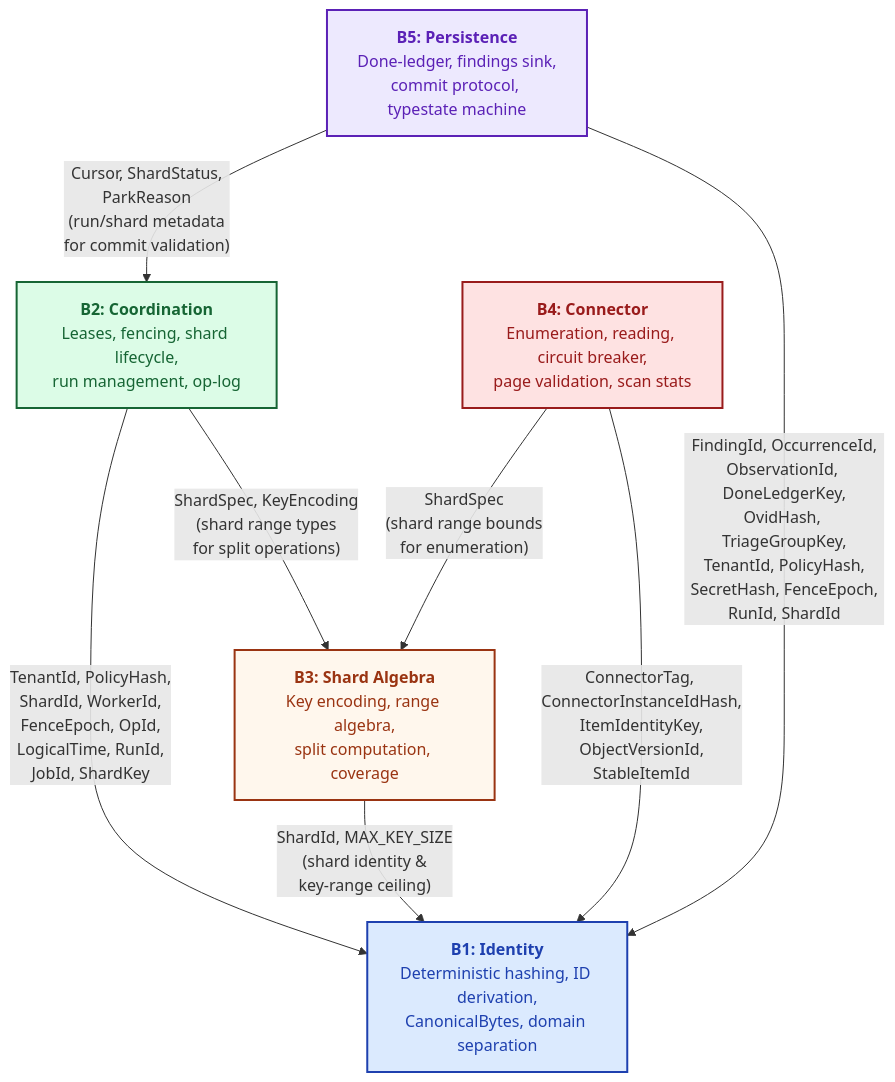
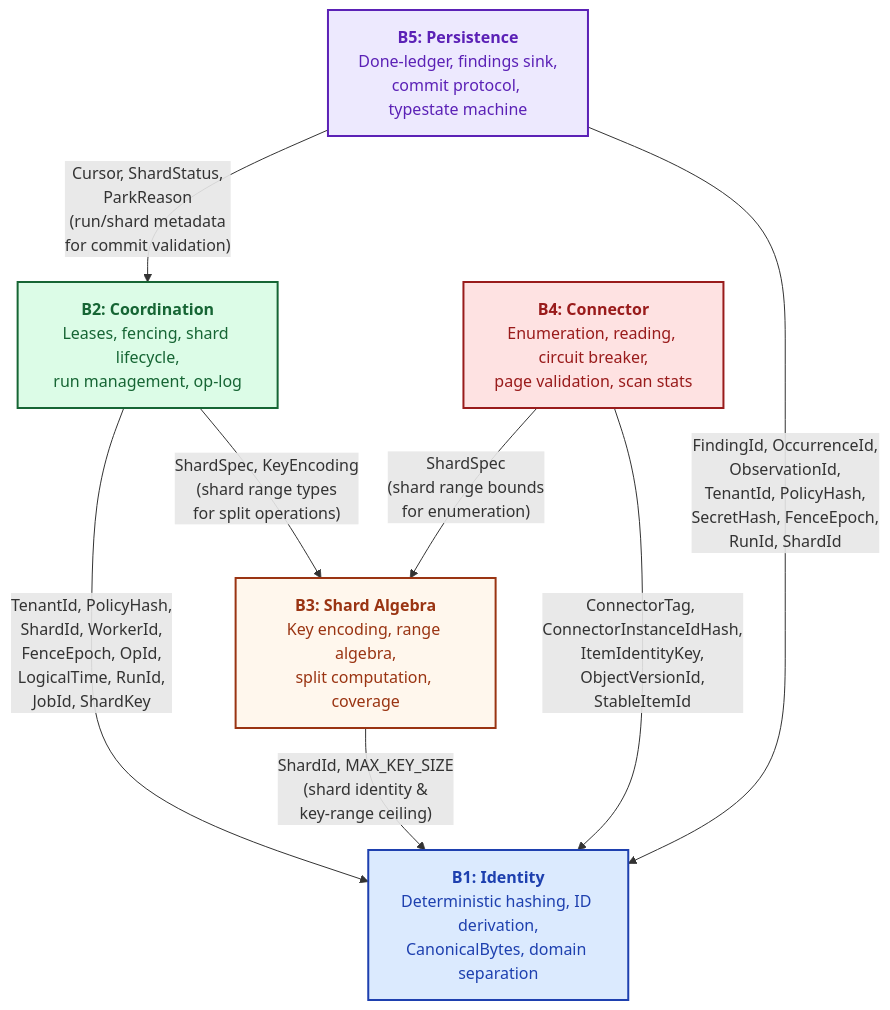
Before and after one commit to ahrav/Gossip-rs: the first of 3 diagrams in diagrams/02-boundary-dependency-graph.md, drawn with Mermaid. The commit also changed other lines of this file and 3 other files, not shown here.

First line of the commit message:
Update diagram docs for OvidHash and typestate protocol changes

````diff
--- a/diagrams/02-boundary-dependency-graph.md
+++ b/diagrams/02-boundary-dependency-graph.md
@@ -49,25 +49,25 @@
 ```mermaid
 %% Diagram: complete-type-annotated-dag
 graph TB
     B1["<b>B1: Identity</b><br/>Deterministic hashing, ID derivation,<br/>CanonicalBytes, domain separation"]
     B2["<b>B2: Coordination</b><br/>Leases, fencing, shard lifecycle,<br/>run management, op-log"]
     B3["<b>B3: Shard Algebra</b><br/>Key encoding, range algebra,<br/>split computation, coverage"]
     B4["<b>B4: Connector</b><br/>Enumeration, reading, circuit breaker,<br/>page validation, scan stats"]
     B5["<b>B5: Persistence</b><br/>Done-ledger, findings sink,<br/>commit protocol, typestate machine"]
 
     B2 -->|"TenantId, PolicyHash,<br/>ShardId, WorkerId,<br/>FenceEpoch, OpId,<br/>LogicalTime, RunId,<br/>JobId, ShardKey"| B1
     B3 -->|"ShardId, MAX_KEY_SIZE<br/>(shard identity &amp;<br/>key-range ceiling)"| B1
     B4 -->|"ConnectorTag, ConnectorInstanceIdHash,<br/>ItemIdentityKey,<br/>ObjectVersionId,<br/>StableItemId"| B1
-    B5 -->|"FindingId, OccurrenceId,<br/>ObservationId, DoneLedgerKey,<br/>OvidHash, TriageGroupKey,<br/>TenantId, PolicyHash,<br/>SecretHash, FenceEpoch,<br/>RunId, ShardId"| B1
+    B5 -->|"FindingId, OccurrenceId,<br/>ObservationId,<br/>TenantId, PolicyHash,<br/>SecretHash, FenceEpoch,<br/>RunId, ShardId"| B1
 
     B2 -->|"ShardSpec, KeyEncoding<br/>(shard range types<br/>for split operations)"| B3
     B4 -->|"ShardSpec<br/>(shard range bounds<br/>for enumeration)"| B3
 
     B5 -->|"Cursor, ShardStatus,<br/>ParkReason<br/>(run/shard metadata<br/>for commit validation)"| B2
 
     style B1 fill:#DBEAFE,stroke:#1E40AF,stroke-width:2px,color:#1E40AF
     style B2 fill:#DCFCE7,stroke:#166534,stroke-width:2px,color:#166534
     style B3 fill:#FFF7ED,stroke:#9A3412,stroke-width:2px,color:#9A3412
     style B4 fill:#FEE2E2,stroke:#991B1B,stroke-width:2px,color:#991B1B
     style B5 fill:#EDE9FE,stroke:#5B21B6,stroke-width:2px,color:#5B21B6
 ```
````
